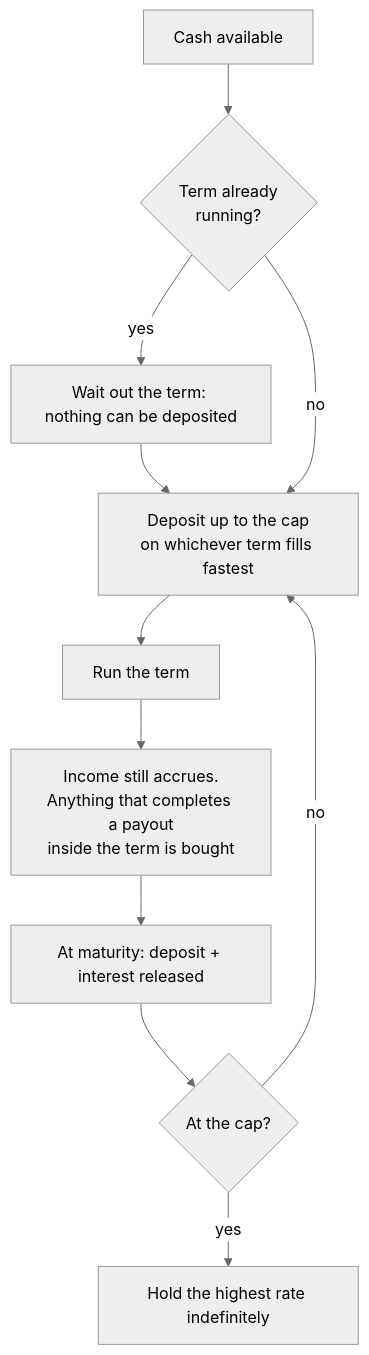
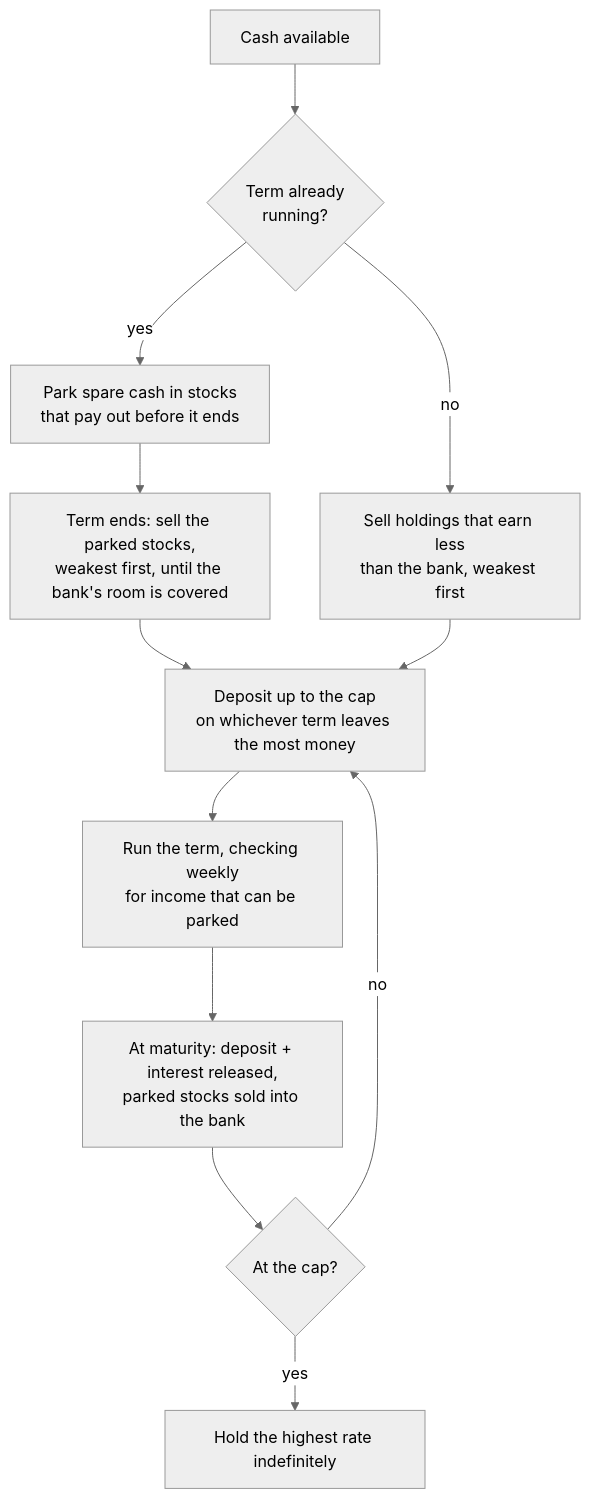
One commit to autumn-grey/autumn-grey.github.io changed the seventh of 7 diagrams in invLogic.md. Above: the diagram before and after it, drawn with Mermaid (neutral theme). The commit also changed other lines of this file and 12 other files, not shown here.

First line of the commit message:
v0.14.3 - fill the bank first, park idle cash, and let no-ROI stocks be marked owned

````diff
--- a/invLogic.md
+++ b/invLogic.md
@@ -992,13 +994,14 @@
 ```mermaid
 flowchart TD
   S[Cash available] --> D{Term already<br/>running?}
-  D -- yes --> W[Wait out the term: nothing can be deposited]
+  D -- yes --> P[Park spare cash in stocks<br/>that pay out before it ends]
+  P --> W[Term ends: sell the parked stocks,<br/>weakest first, until the bank's room is covered]
   W --> F
-  D -- no --> F[Deposit up to the cap<br/>on whichever term fills fastest]
-  F --> T[Run the term]
-  T --> E[Income still accrues.<br/>Anything that completes a payout<br/>inside the term is bought]
-  E --> M[At maturity: deposit + interest released]
+  D -- no --> L[Sell holdings that earn less<br/>than the bank, weakest first]
+  L --> F[Deposit up to the cap<br/>on whichever term leaves the most money]
+  F --> T[Run the term, checking weekly<br/>for income that can be parked]
+  T --> M[At maturity: deposit + interest released,<br/>parked stocks sold into the bank]
   M --> C{At the cap?}
   C -- no --> F
   C -- yes --> H[Hold the highest rate indefinitely]
 ```
````
